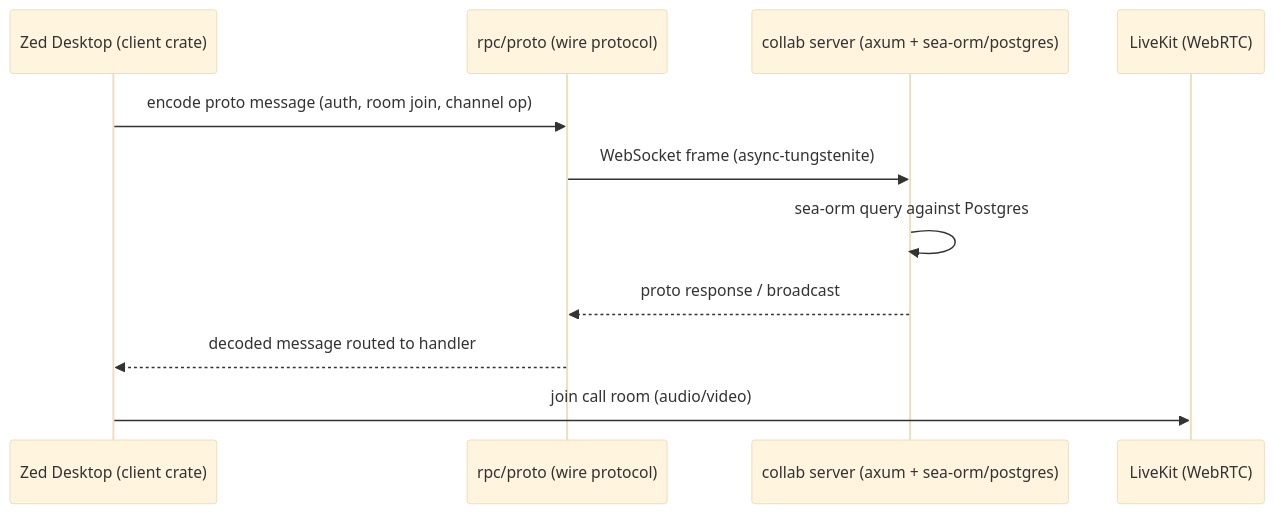
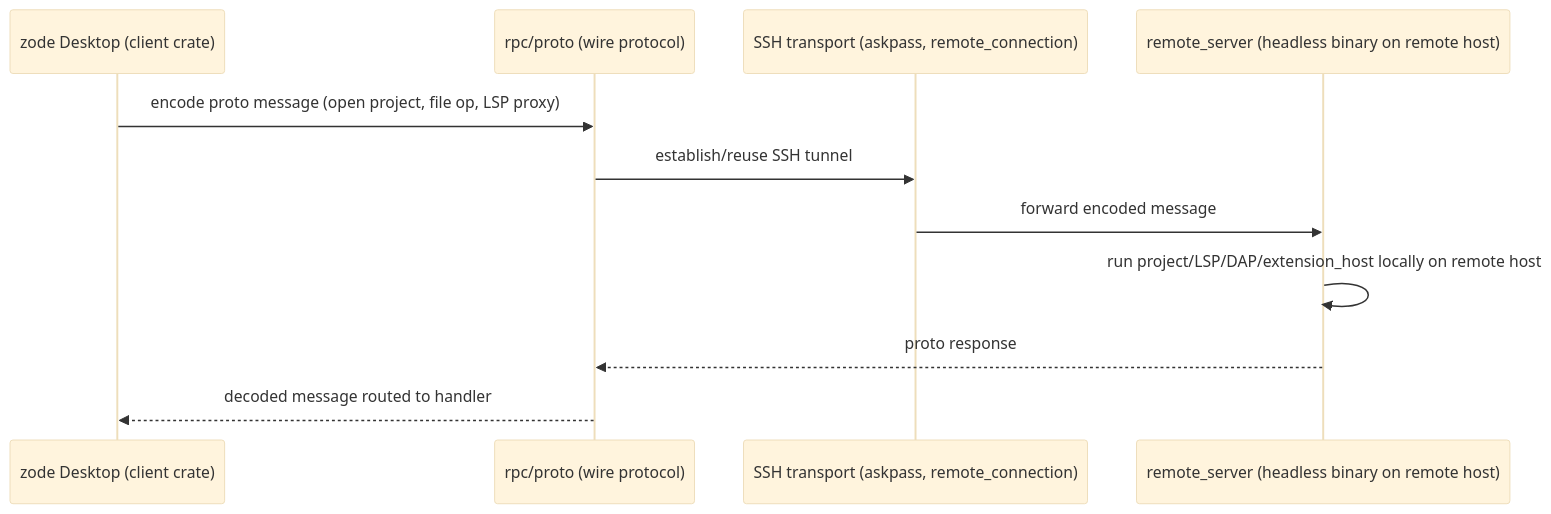
One commit to tgiap04/zode changed the third of 3 diagrams in plans/260726-1400-rebuild-spec/artifacts/architecture.md. Above: the diagram before and after it, drawn with Mermaid (base theme). The commit also changed other lines of this file and 133 other files, not shown here.

````diff
--- a/plans/260726-1400-rebuild-spec/artifacts/architecture.md
+++ b/plans/260726-1400-rebuild-spec/artifacts/architecture.md
@@ -173,14 +197,14 @@
 ```mermaid
 sequenceDiagram
-    participant Desktop as Zed Desktop (client crate)
+    participant Desktop as zode Desktop (client crate)
     participant RPC as rpc/proto (wire protocol)
-    participant Collab as collab server (axum + sea-orm/postgres)
-    participant LiveKit as LiveKit (WebRTC)
+    participant SSH as SSH transport (askpass, remote_connection)
+    participant Server as remote_server (headless binary on remote host)
 
-    Desktop->>RPC: encode proto message (auth, room join, channel op)
-    RPC->>Collab: WebSocket frame (async-tungstenite)
-    Collab->>Collab: sea-orm query against Postgres
-    Collab-->>RPC: proto response / broadcast
+    Desktop->>RPC: encode proto message (open project, file op, LSP proxy)
+    RPC->>SSH: establish/reuse SSH tunnel
+    SSH->>Server: forward encoded message
+    Server->>Server: run project/LSP/DAP/extension_host locally on remote host
+    Server-->>RPC: proto response
     RPC-->>Desktop: decoded message routed to handler
-    Desktop->>LiveKit: join call room (audio/video)
 ```
````
